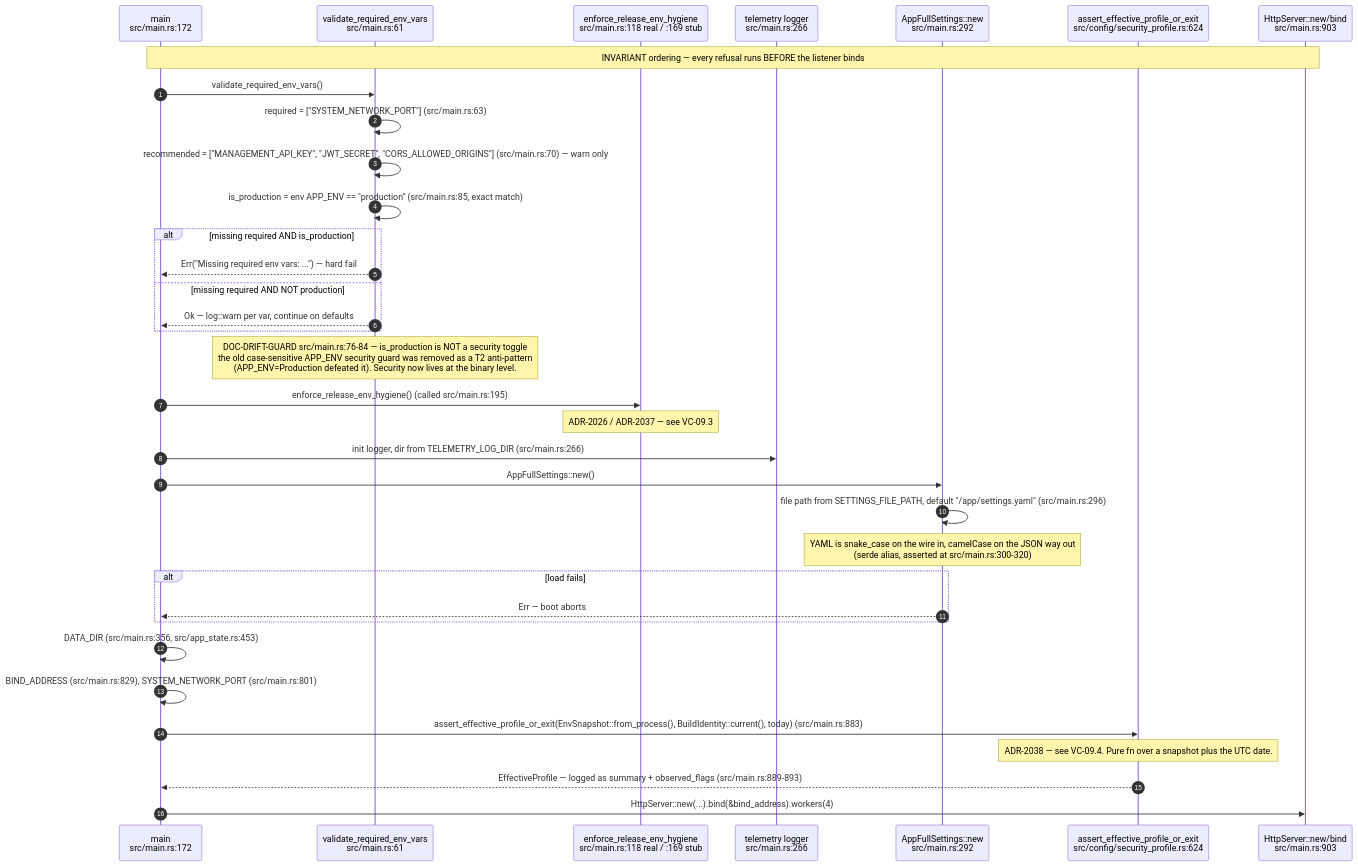
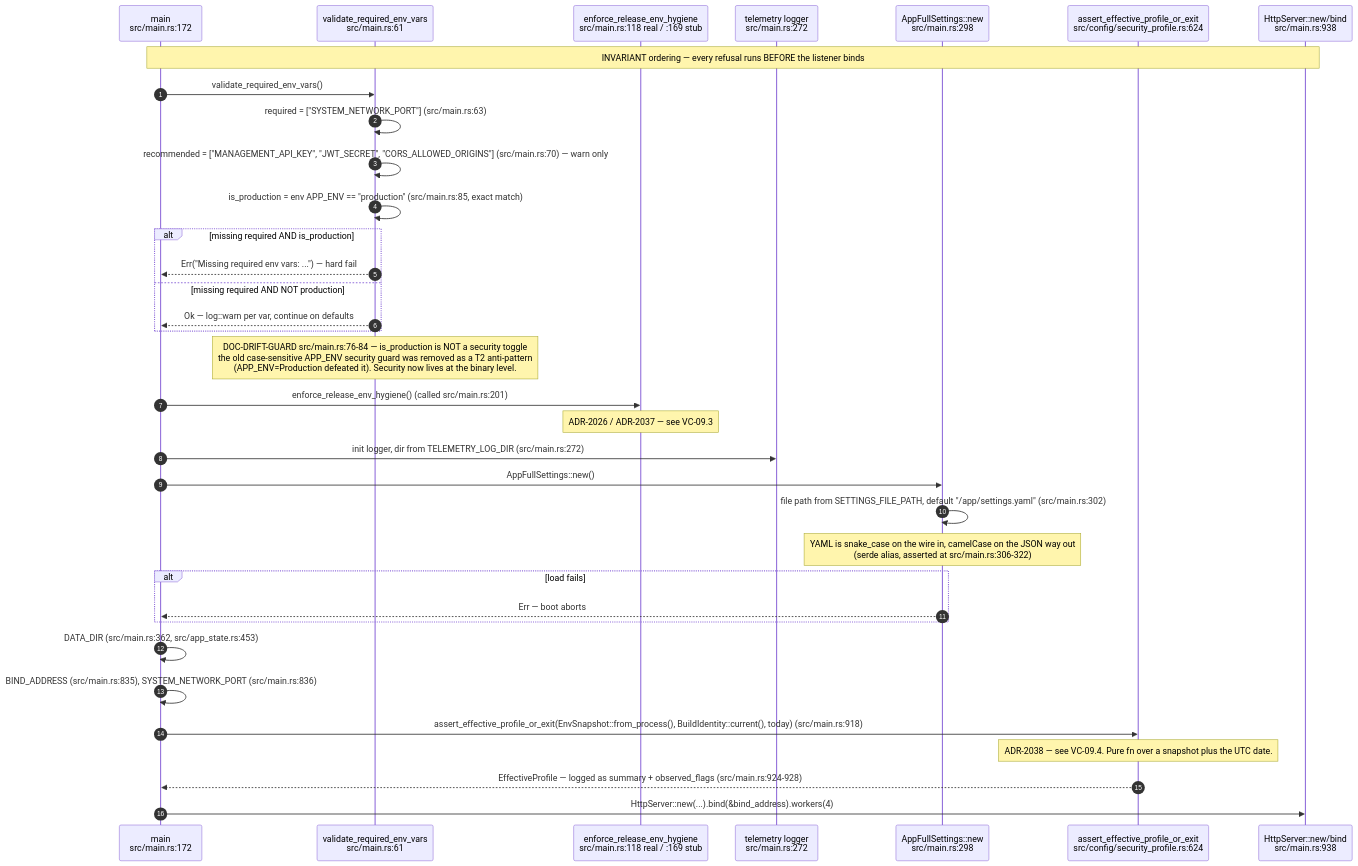
Before and after one commit to DreamLab-AI/VisionFlow: the first of 15 diagrams in docs/diagrams/visionclaw/09-config-and-env-flags.md, drawn with Mermaid. The commit also changed other lines of this file and 32 other files, not shown here.

````diff
--- a/docs/diagrams/visionclaw/09-config-and-env-flags.md
+++ b/docs/diagrams/visionclaw/09-config-and-env-flags.md
@@ -72,38 +74,38 @@
 ```mermaid
 sequenceDiagram
     autonumber
     participant M as main<br/>src/main.rs:172
     participant V as validate_required_env_vars<br/>src/main.rs:61
     participant H as enforce_release_env_hygiene<br/>src/main.rs:118 real / :169 stub
-    participant T as telemetry logger<br/>src/main.rs:266
-    participant S as AppFullSettings::new<br/>src/main.rs:292
+    participant T as telemetry logger<br/>src/main.rs:272
+    participant S as AppFullSettings::new<br/>src/main.rs:298
     participant P as assert_effective_profile_or_exit<br/>src/config/security_profile.rs:624
-    participant B as HttpServer::new/bind<br/>src/main.rs:903
+    participant B as HttpServer::new/bind<br/>src/main.rs:938
 
     Note over M,B: INVARIANT ordering — every refusal runs BEFORE the listener binds
     M->>V: validate_required_env_vars()
     V->>V: required = ["SYSTEM_NETWORK_PORT"] (src/main.rs:63)
     V->>V: recommended = ["MANAGEMENT_API_KEY", "JWT_SECRET", "CORS_ALLOWED_ORIGINS"] (src/main.rs:70) — warn only
     V->>V: is_production = env APP_ENV == "production" (src/main.rs:85, exact match)
     alt missing required AND is_production
         V-->>M: Err("Missing required env vars: ...") — hard fail
     else missing required AND NOT production
         V-->>M: Ok — log::warn per var, continue on defaults
     end
     Note over V: DOC-DRIFT-GUARD src/main.rs:76-84 — is_production is NOT a security toggle<br/>the old case-sensitive APP_ENV security guard was removed as a T2 anti-pattern<br/>(APP_ENV=Production defeated it). Security now lives at the binary level.
-    M->>H: enforce_release_env_hygiene() (called src/main.rs:195)
+    M->>H: enforce_release_env_hygiene() (called src/main.rs:201)
     Note over H: ADR-2026 / ADR-2037 — see VC-09.3
-    M->>T: init logger, dir from TELEMETRY_LOG_DIR (src/main.rs:266)
+    M->>T: init logger, dir from TELEMETRY_LOG_DIR (src/main.rs:272)
     M->>S: AppFullSettings::new()
-    S->>S: file path from SETTINGS_FILE_PATH, default "/app/settings.yaml" (src/main.rs:296)
-    Note over S: YAML is snake_case on the wire in, camelCase on the JSON way out<br/>(serde alias, asserted at src/main.rs:300-320)
+    S->>S: file path from SETTINGS_FILE_PATH, default "/app/settings.yaml" (src/main.rs:302)
+    Note over S: YAML is snake_case on the wire in, camelCase on the JSON way out<br/>(serde alias, asserted at src/main.rs:306-322)
     alt load fails
         S-->>M: Err — boot aborts
     end
-    M->>M: DATA_DIR (src/main.rs:356, src/app_state.rs:453)
-    M->>M: BIND_ADDRESS (src/main.rs:829), SYSTEM_NETWORK_PORT (src/main.rs:801)
-    M->>P: assert_effective_profile_or_exit(EnvSnapshot::from_process(), BuildIdentity::current(), today) (src/main.rs:883)
+    M->>M: DATA_DIR (src/main.rs:362, src/app_state.rs:453)
+    M->>M: BIND_ADDRESS (src/main.rs:835), SYSTEM_NETWORK_PORT (src/main.rs:836)
+    M->>P: assert_effective_profile_or_exit(EnvSnapshot::from_process(), BuildIdentity::current(), today) (src/main.rs:918)
     Note over P: ADR-2038 — see VC-09.4. Pure fn over a snapshot plus the UTC date.
-    P-->>M: EffectiveProfile — logged as summary + observed_flags (src/main.rs:889-893)
+    P-->>M: EffectiveProfile — logged as summary + observed_flags (src/main.rs:924-928)
     M->>B: HttpServer::new(...).bind(&bind_address).workers(4)
 ```
````
